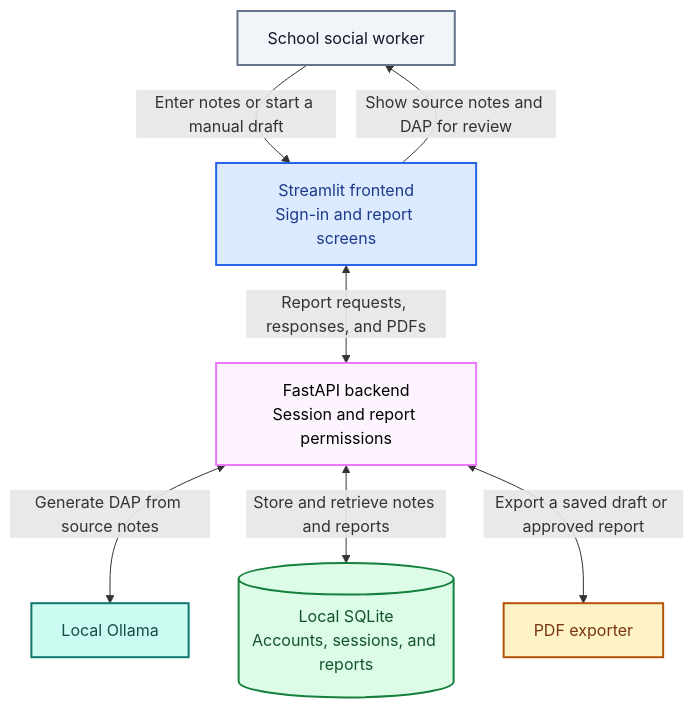
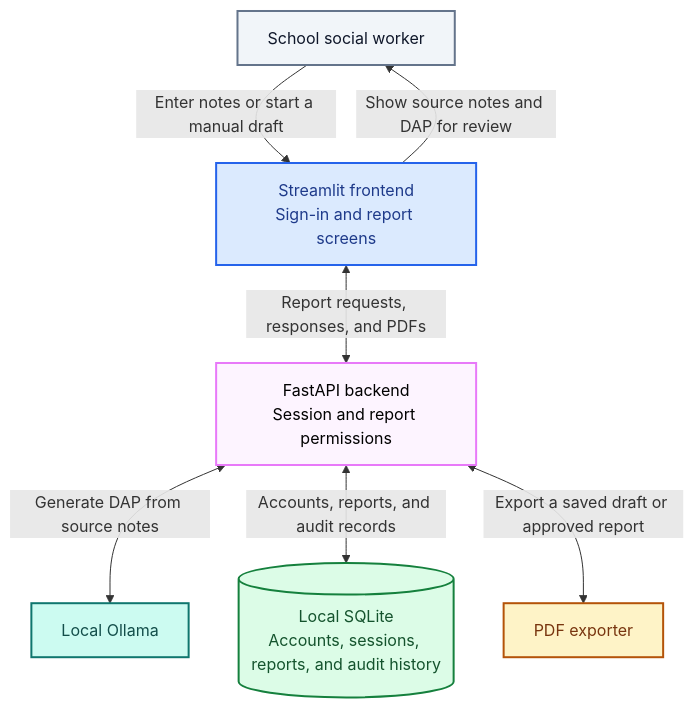
One commit to OllieOzzy/cmsc495-social-worker-ai-assistant changed the first of 3 diagrams in README.md. Above: the diagram before and after it, drawn with Mermaid. The commit also changed other lines of this file and 4 other files, not shown here.

Commit message:
Update guides and diagrams for authenticated 2.0.0 workflows.

````diff
--- a/README.md
+++ b/README.md
@@ -290,30 +308,30 @@
 ```mermaid
 flowchart TD
     Worker["School social worker"]
     UI["Streamlit frontend<br/>Sign-in and report screens"]
     API["FastAPI backend<br/>Session and report permissions"]
     AI["Local Ollama"]
-    DB[("Local SQLite<br/>Accounts, sessions, and reports")]
+    DB[("Local SQLite<br/>Accounts, sessions, reports, and audit history")]
     PDF["PDF exporter"]
 
     Worker -->|"Enter notes or start a manual draft"| UI
     UI -->|"Show source notes and DAP for review"| Worker
     UI <-->|"Report requests, responses, and PDFs"| API
     API <-->|"Generate DAP from source notes"| AI
-    API <-->|"Store and retrieve notes and reports"| DB
+    API <-->|"Accounts, reports, and audit records"| DB
     API <-->|"Export a saved draft or approved report"| PDF
 
     classDef user fill:#F1F5F9,stroke:#64748B,color:#0F172A,stroke-width:2px
     classDef frontend fill:#DBEAFE,stroke:#2563EB,color:#1E3A8A,stroke-width:2px
     classDef backend fill:#FDF4FF,stroke:#E879F9,color:#000000,stroke-width:2px
     classDef ai fill:#CCFBF1,stroke:#0F766E,color:#134E4A,stroke-width:2px
     classDef storage fill:#DCFCE7,stroke:#15803D,color:#14532D,stroke-width:2px
     classDef export fill:#FEF3C7,stroke:#B45309,color:#78350F,stroke-width:2px
 
     class Worker user
     class UI frontend
     class API backend
     class AI ai
     class DB storage
     class PDF export
 ```
````
